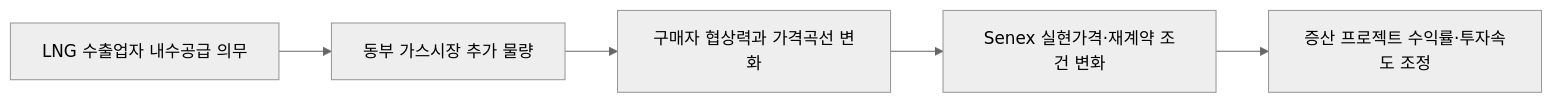
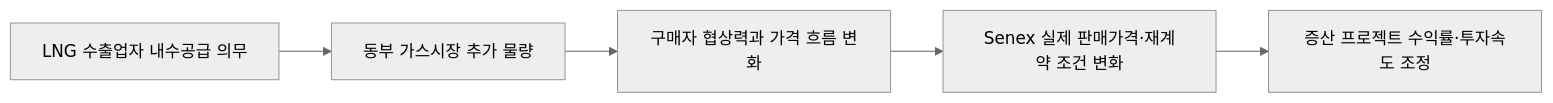
Before and after one commit to arik1988/posco-market-sensing-wiki: the diagram in market-sensing-wiki/signals/SIG-E424C4E087DE.md, drawn with Mermaid (neutral theme). The commit also changed other lines of this file and 143 other files, not shown here.

````diff
--- a/market-sensing-wiki/signals/SIG-E424C4E087DE.md
+++ b/market-sensing-wiki/signals/SIG-E424C4E087DE.md
@@ -41,7 +110,7 @@
 ```mermaid
 flowchart LR
     A[LNG 수출업자 내수공급 의무] --> B[동부 가스시장 추가 물량]
-    B --> C[구매자 협상력과 가격곡선 변화]
-    C --> D[Senex 실현가격·재계약 조건 변화]
+    B --> C[구매자 협상력과 가격 흐름 변화]
+    C --> D[Senex 실제 판매가격·재계약 조건 변화]
     D --> E[증산 프로젝트 수익률·투자속도 조정]
 ```
````
